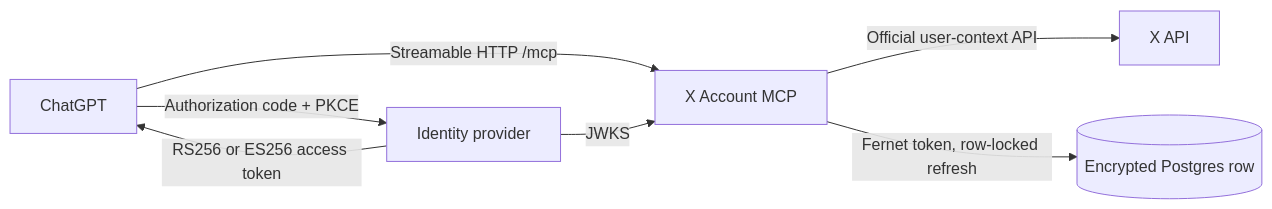
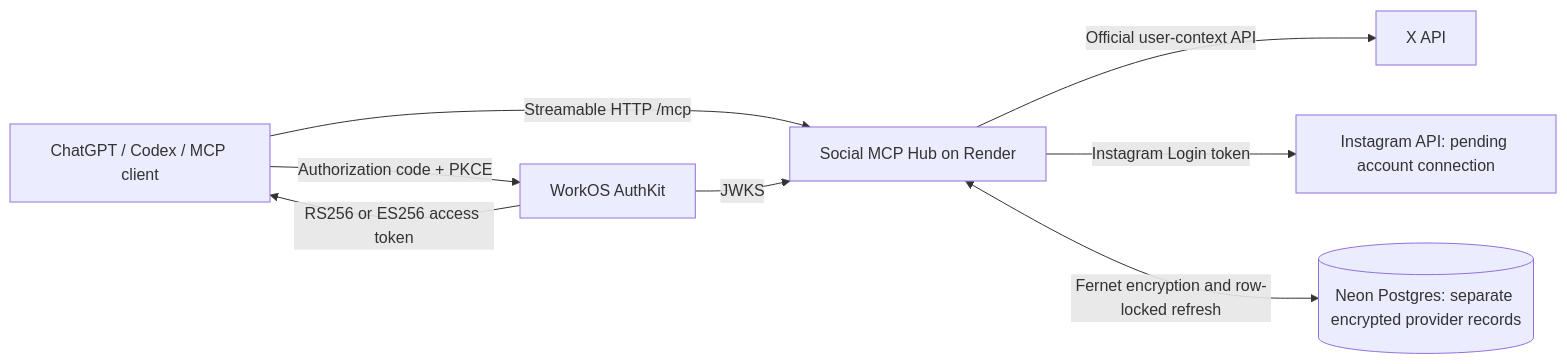
Before and after one commit to hgarg1/social-mcp-hub: the diagram in README.md, drawn with Mermaid. The commit also changed other lines of this file, not shown here.

Commit message:
Document hub architecture, Instagram tools and current setup

````diff
--- a/README.md
+++ b/README.md
@@ -25,15 +31,17 @@
 ```mermaid
 flowchart LR
-  client[ChatGPT]
-  idp[Identity provider]
-  mcp[X Account MCP]
-  db[(Encrypted Postgres row)]
+  client[ChatGPT / Codex / MCP client]
+  idp[WorkOS AuthKit]
+  mcp[Social MCP Hub on Render]
+  db[(Neon Postgres: separate encrypted provider records)]
   x[X API]
+  ig[Instagram API: pending account connection]
 
   client -->|Authorization code + PKCE| idp
   idp -->|RS256 or ES256 access token| client
   client -->|Streamable HTTP /mcp| mcp
   idp -->|JWKS| mcp
   mcp -->|Official user-context API| x
-  mcp -->|Fernet token, row-locked refresh| db
+  mcp -->|Instagram Login token| ig
+  mcp <-->|Fernet encryption and row-locked refresh| db
 ```
````
